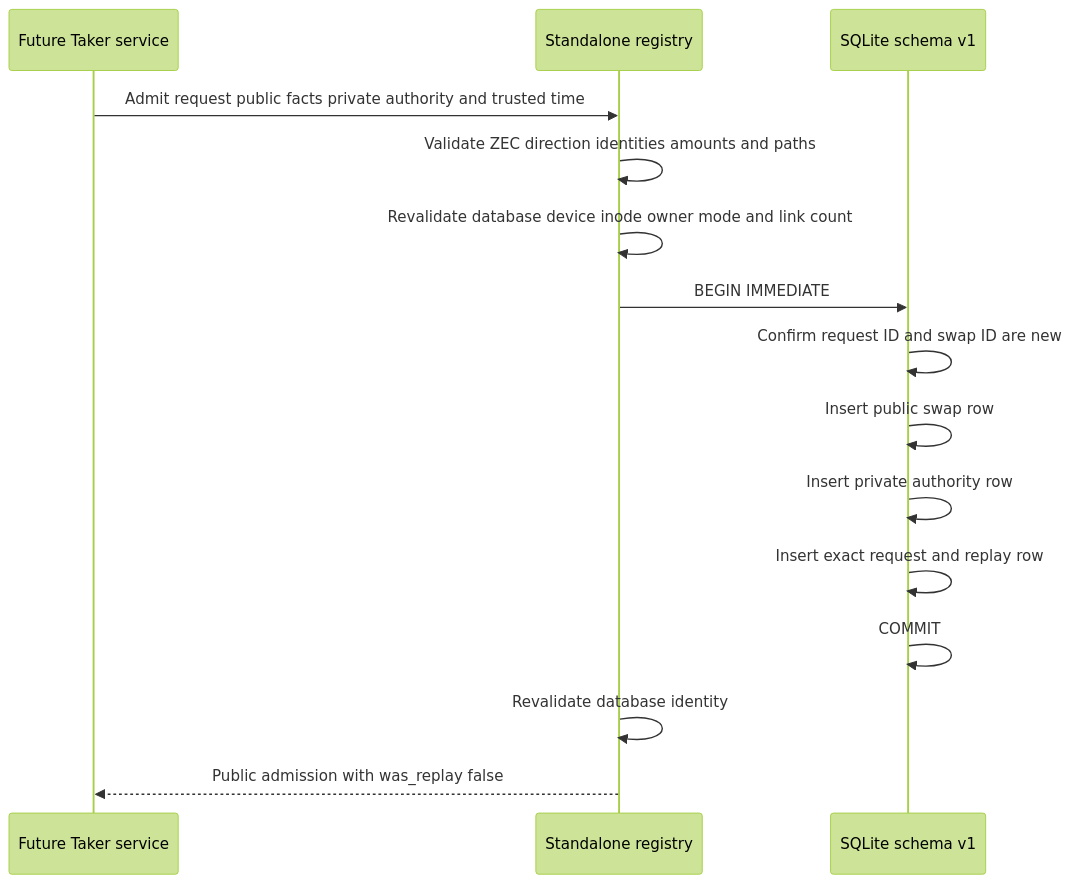
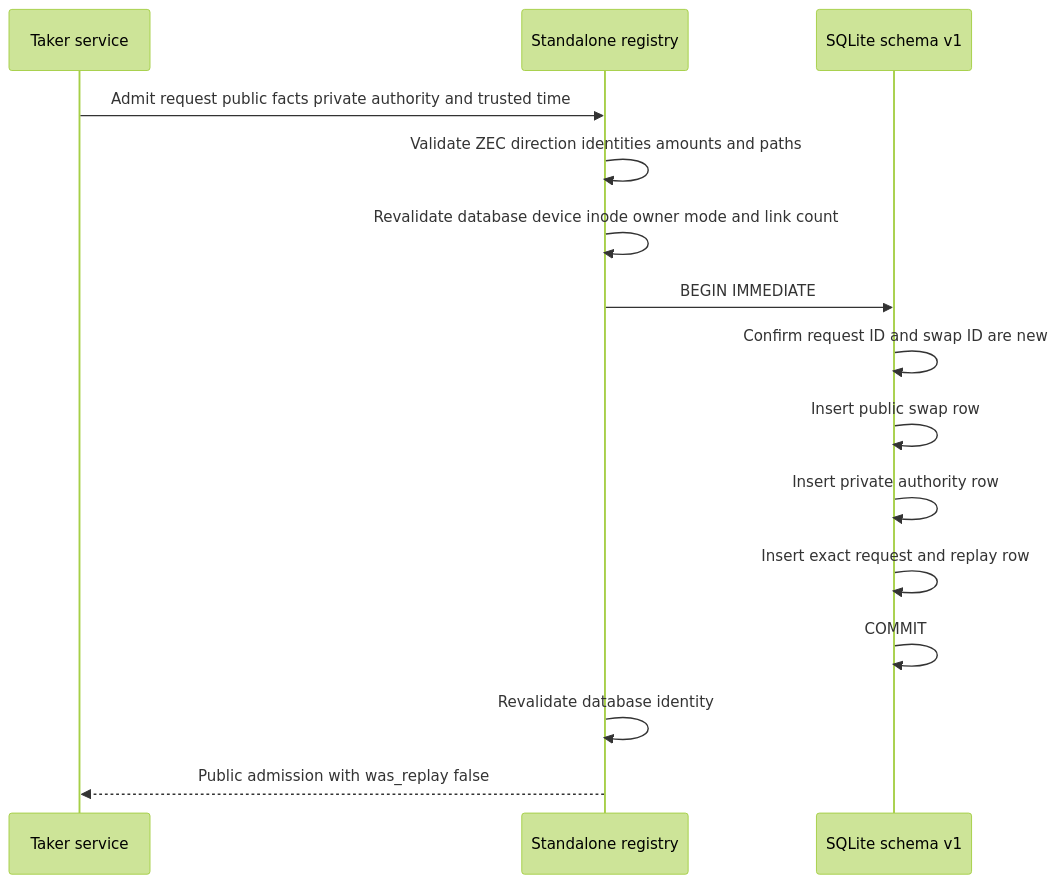
The third of 5 diagrams in docs/architecture/0132-persist-taker-initiation-admission-separately.md (gateway-fm/lez-atomic-swaps), drawn with Mermaid (forest theme) before and after one commit. The commit also changed other lines of this file and 12 other files, not shown here.

````diff
--- a/docs/architecture/0132-persist-taker-initiation-admission-separately.md
+++ b/docs/architecture/0132-persist-taker-initiation-admission-separately.md
@@ -111,17 +111,17 @@
 ```mermaid
 sequenceDiagram
-    participant S as Future Taker service
+    participant S as Taker service
     participant R as Standalone registry
     participant D as SQLite schema v1
     S->>R: Admit request public facts private authority and trusted time
     R->>R: Validate ZEC direction identities amounts and paths
     R->>R: Revalidate database device inode owner mode and link count
     R->>D: BEGIN IMMEDIATE
     D->>D: Confirm request ID and swap ID are new
     D->>D: Insert public swap row
     D->>D: Insert private authority row
     D->>D: Insert exact request and replay row
     D->>D: COMMIT
     R->>R: Revalidate database identity
     R-->>S: Public admission with was_replay false
 ```
````
